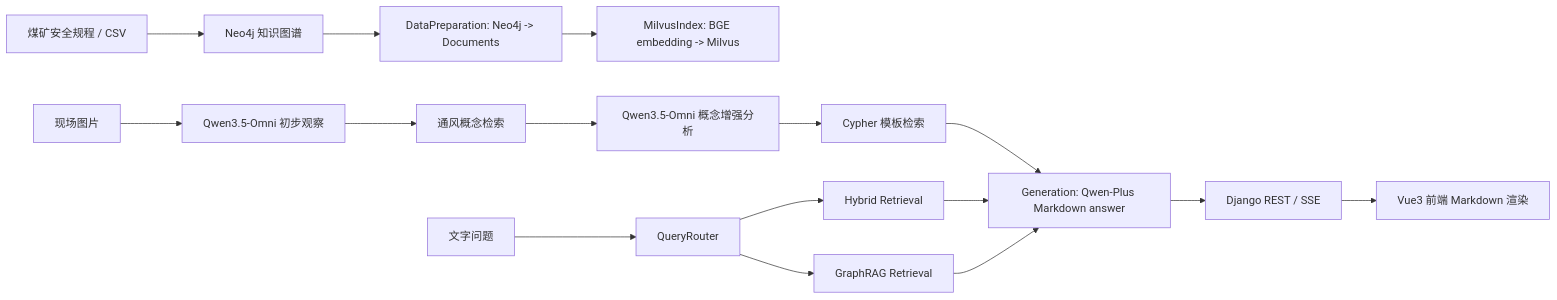
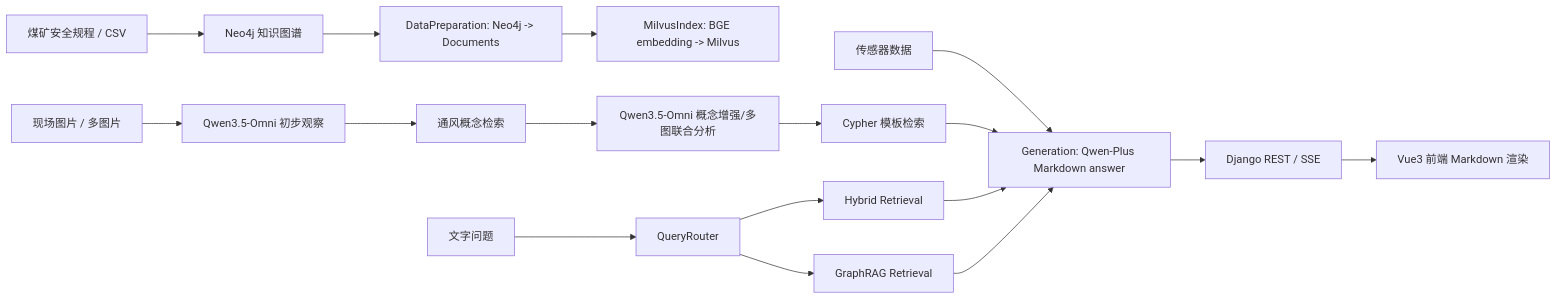
Before and after one commit to YaeZed/ventilation-graph-rag: the diagram in docs/architecture.md, drawn with Mermaid. The commit also changed other lines of this file and 23 other files, not shown here.

````diff
--- a/docs/architecture.md
+++ b/docs/architecture.md
@@ -9,18 +9,19 @@
 ```mermaid
 flowchart LR
   A["煤矿安全规程 / CSV"] --> B["Neo4j 知识图谱"]
   B --> C["DataPreparation: Neo4j -> Documents"]
   C --> D["MilvusIndex: BGE embedding -> Milvus"]
   Q["文字问题"] --> R["QueryRouter"]
-  IMG["现场图片"] --> OBS["Qwen3.5-Omni 初步观察"]
+  SENSOR["传感器数据"] --> GEN
+  IMG["现场图片 / 多图片"] --> OBS["Qwen3.5-Omni 初步观察"]
   OBS --> CONCEPT["通风概念检索"]
-  CONCEPT --> VL["Qwen3.5-Omni 概念增强分析"]
+  CONCEPT --> VL["Qwen3.5-Omni 概念增强/多图联合分析"]
   VL --> T["Cypher 模板检索"]
   R --> H["Hybrid Retrieval"]
   R --> G["GraphRAG Retrieval"]
   T --> GEN["Generation: Qwen-Plus Markdown answer"]
   H --> GEN
   G --> GEN
   GEN --> API["Django REST / SSE"]
   API --> UI["Vue3 前端 Markdown 渲染"]
 ```
````
